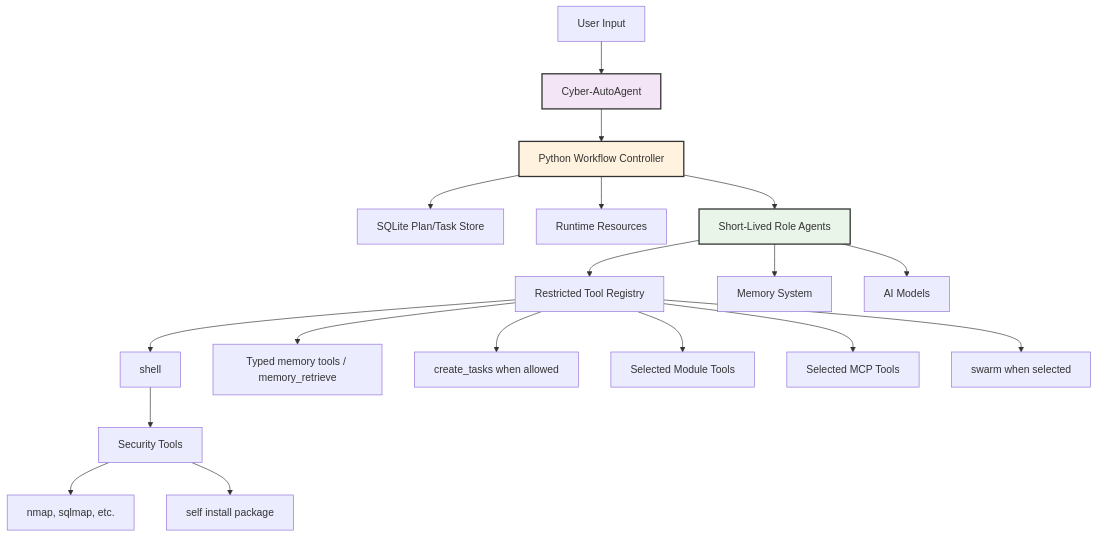
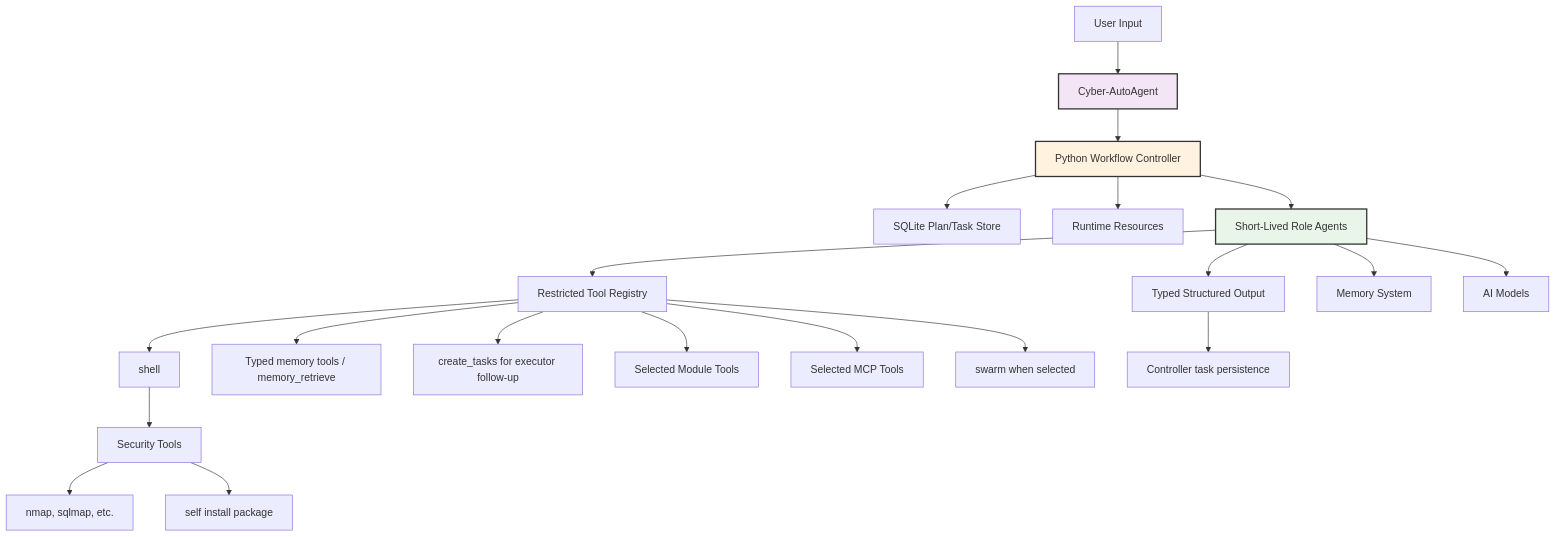
The second of 7 diagrams in docs/architecture.md (double16/Cyber-AutoAgent-ng), drawn with Mermaid before and after one commit. The commit also changed other lines of this file and 253 other files, not shown here.

````diff
--- a/docs/architecture.md
+++ b/docs/architecture.md
@@ -68,26 +68,28 @@
 ```mermaid
 graph TB
     A[User Input] --> B[Cyber-AutoAgent]
     B --> C[Python Workflow Controller]
     C --> D[SQLite Plan/Task Store]
     C --> E[Runtime Resources]
     C --> F[Short-Lived Role Agents]
     F --> G[Restricted Tool Registry]
+    F --> S[Typed Structured Output]
     F --> H[Memory System]
     F --> I[AI Models]
     
     G --> J[shell]
     G --> K[Typed memory tools / memory_retrieve]
-    G --> L[create_tasks when allowed]
+    G --> L[create_tasks for executor follow-up]
+    S --> PERSIST[Controller task persistence]
     G --> M[Selected Module Tools]
     G --> N[Selected MCP Tools]
     G --> O[swarm when selected]
     
     J --> P[Security Tools]
     P --> Q[nmap, sqlmap, etc.]
     P --> R[self install package]
  
     style B fill:#f3e5f5,stroke:#333,stroke-width:2px
     style C fill:#fff3e0,stroke:#333,stroke-width:2px
     style F fill:#e8f5e8,stroke:#333,stroke-width:2px
 ```
````
